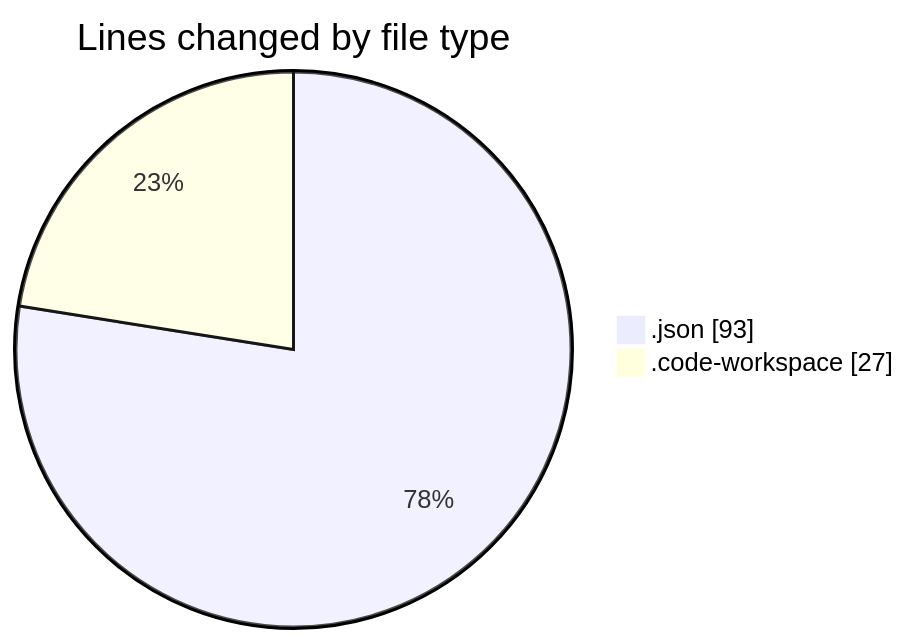
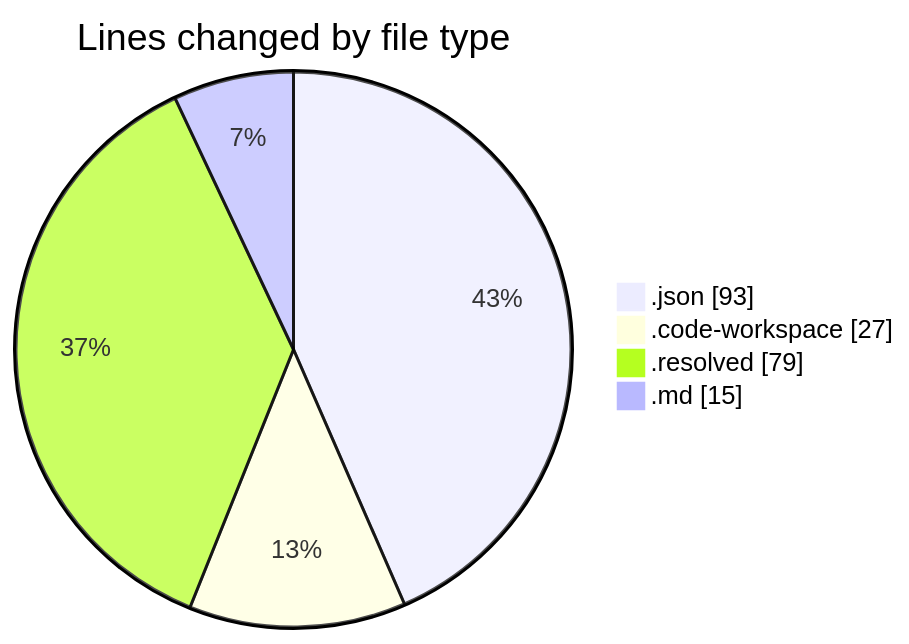
The first of 2 diagrams in 2026-02-27/shadcn-admin-kit-main__workspace_/README.md (jadenblack/code-tracking), drawn with Mermaid before and after one commit. The commit also changed other lines of this file and 1 other file, not shown here.

````diff
--- a/2026-02-27/shadcn-admin-kit-main__workspace_/README.md
+++ b/2026-02-27/shadcn-admin-kit-main__workspace_/README.md
@@ -23,6 +25,8 @@
 ```mermaid
 pie showData
 title Lines changed by file type
 ".json" : 93
 ".code-workspace" : 27
+".resolved" : 79
+".md" : 15
 ```
````
